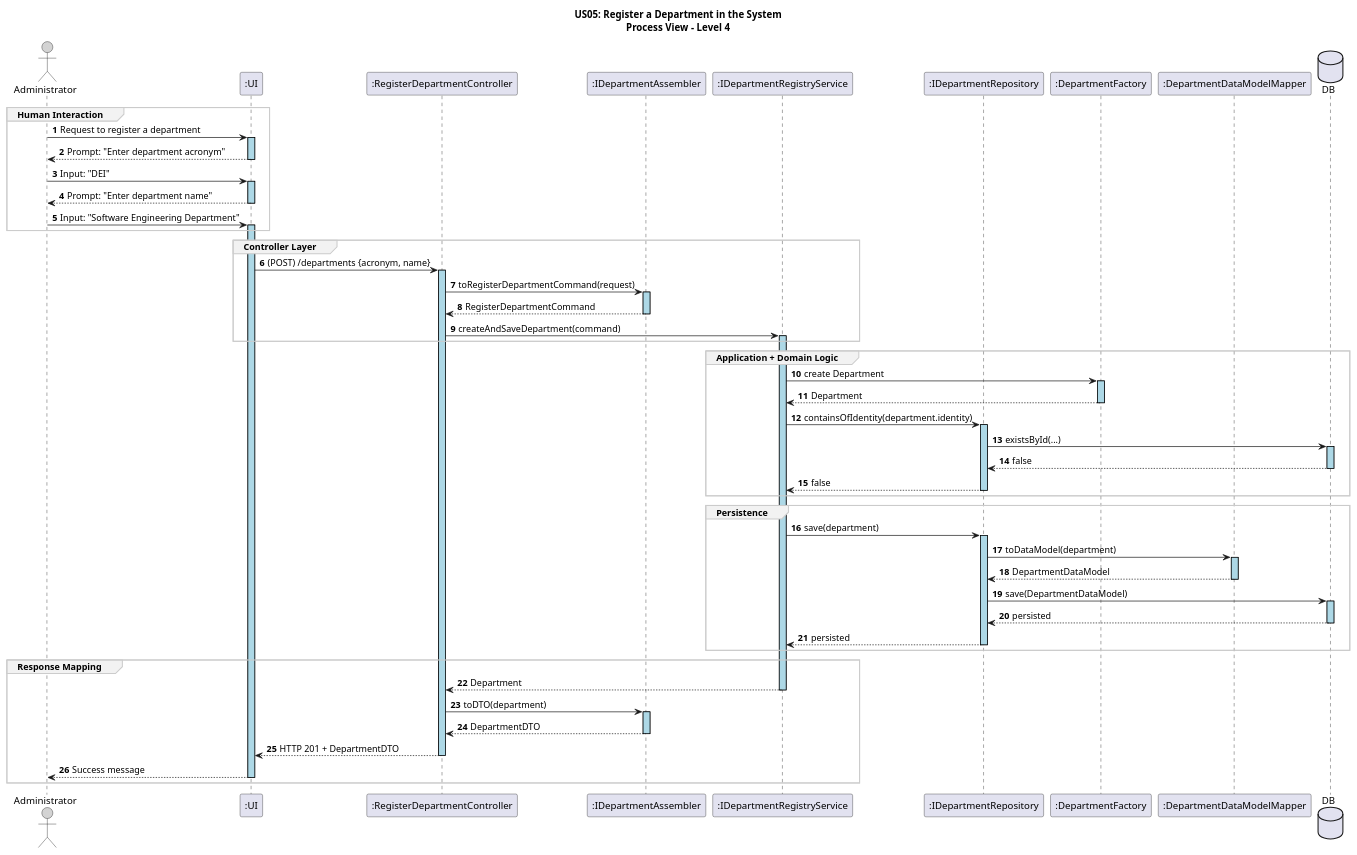
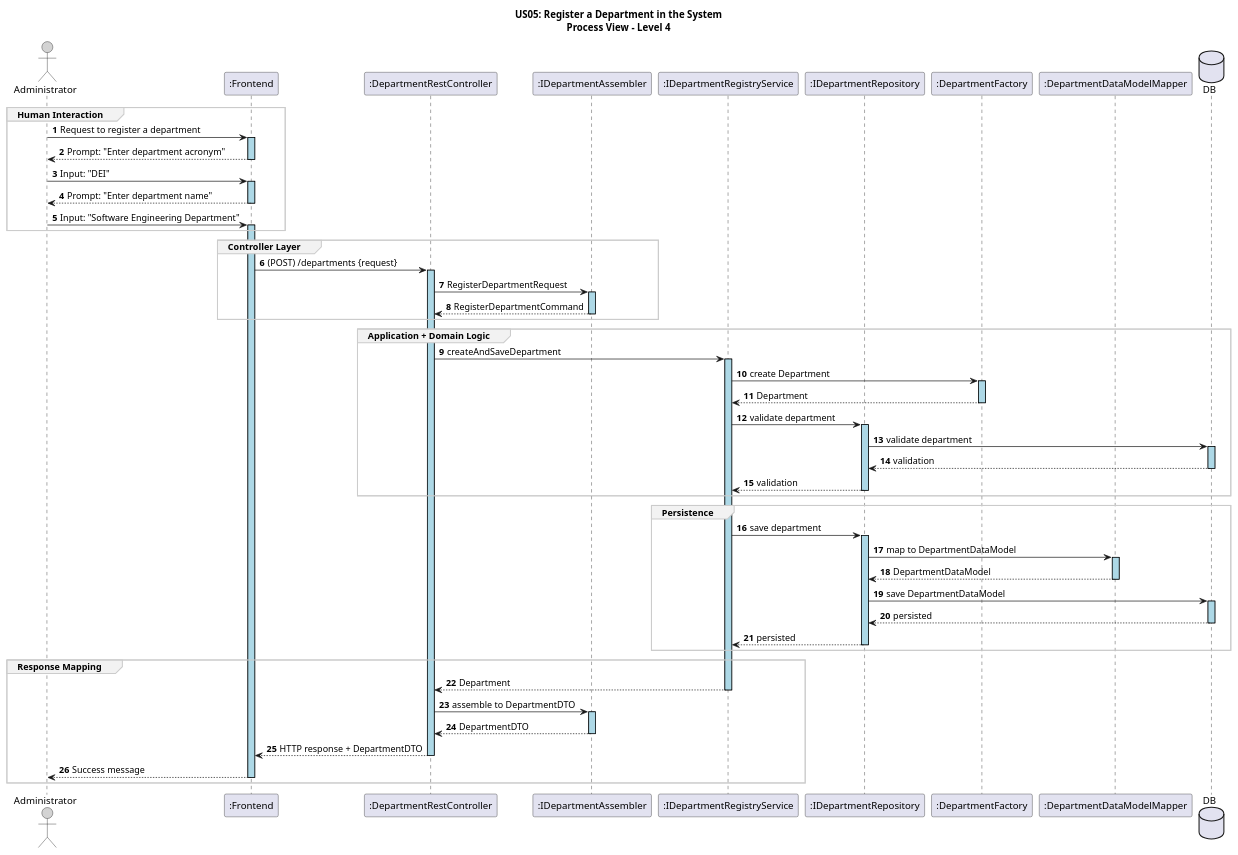
One commit to GasparISEP/DevOps-PAI changed the diagram in docs/US05/sprint6_RestAPI/ProcessView/US05_RestAPI_ProcessView_Level4.puml. Above: the diagram before and after it, drawn with PlantUML. The commit also changed 2 other files, not shown here.

Commit message:
refactor: update DepartmentRegistration documentation (refs #500, refs #575)

```diff
--- a/docs/US05/sprint6_RestAPI/ProcessView/US05_RestAPI_ProcessView_Level4.puml
+++ b/docs/US05/sprint6_RestAPI/ProcessView/US05_RestAPI_ProcessView_Level4.puml
@@ -1,66 +1,67 @@
 @startuml
 
 title US05: Register a Department in the System\nProcess View – Level 4
 
 autonumber
 skinparam sequence {
     LifelineBorderColor black
     LifelineBackgroundColor LightBlue
     ActorBorderColor black
     ActorBackgroundColor LightGray
     GroupBorderColor #cccccc
     GroupBackgroundColor #f2f2f2
 }
 
 actor "Administrator" as ADM
-participant ":UI" as UI
-participant ":RegisterDepartmentController" as Controller
+participant ":Frontend" as UI
+participant ":DepartmentRestController" as Controller
 participant ":IDepartmentAssembler" as Assembler
 participant ":IDepartmentRegistryService" as Service
 participant ":IDepartmentRepository" as Repository
 participant ":DepartmentFactory" as Factory
 participant ":DepartmentDataModelMapper" as DataModelMapper
 database "DB" as SpringDataRepo
 
 group Human Interaction
 ADM -> UI ++: Request to register a department
 UI --> ADM --: Prompt: "Enter department acronym"
 ADM -> UI ++: Input: "DEI"
 UI --> ADM --: Prompt: "Enter department name"
 ADM -> UI ++: Input: "Software Engineering Department"
 end group
 
 group Controller Layer
-UI -> Controller ++: (POST) /departments {acronym, name}
-Controller -> Assembler ++: toRegisterDepartmentCommand(request)
+UI -> Controller ++: (POST) /departments {request}
+Controller -> Assembler ++: RegisterDepartmentRequest
 Assembler --> Controller --: RegisterDepartmentCommand
-Controller -> Service ++: createAndSaveDepartment(command)
 end group
 
+
 group Application + Domain Logic
+Controller -> Service ++: createAndSaveDepartment
 Service -> Factory ++: create Department
 Factory --> Service --: Department
-Service -> Repository ++: containsOfIdentity(department.identity)
-Repository -> SpringDataRepo ++: existsById(...)
-SpringDataRepo --> Repository --: false
-Repository --> Service --: false
+Service -> Repository ++: validate department
+Repository -> SpringDataRepo ++: validate department
+SpringDataRepo --> Repository --: validation
+Repository --> Service --: validation
 end group
 
 group Persistence
-Service -> Repository ++: save(department)
-Repository -> DataModelMapper ++: toDataModel(department)
+Service -> Repository ++: save department
+Repository -> DataModelMapper ++: map to DepartmentDataModel
 DataModelMapper --> Repository --: DepartmentDataModel
-Repository -> SpringDataRepo ++: save(DepartmentDataModel)
+Repository -> SpringDataRepo ++: save DepartmentDataModel
 SpringDataRepo --> Repository --: persisted
 Repository --> Service --: persisted
 end group
 
 group Response Mapping
 Service --> Controller --: Department
-Controller -> Assembler ++: toDTO(department)
+Controller -> Assembler ++: assemble to DepartmentDTO
 Assembler --> Controller --: DepartmentDTO
-Controller --> UI --: HTTP 201 + DepartmentDTO
+Controller --> UI --: HTTP response + DepartmentDTO
 UI --> ADM --: Success message
 end group
 
 @enduml
```
